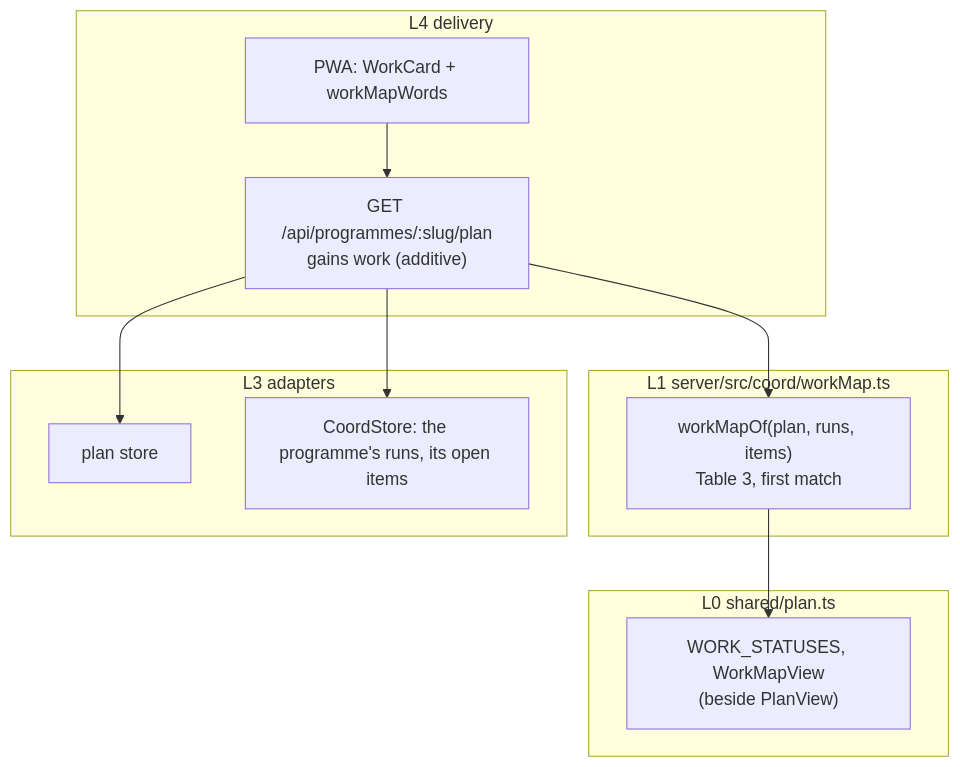
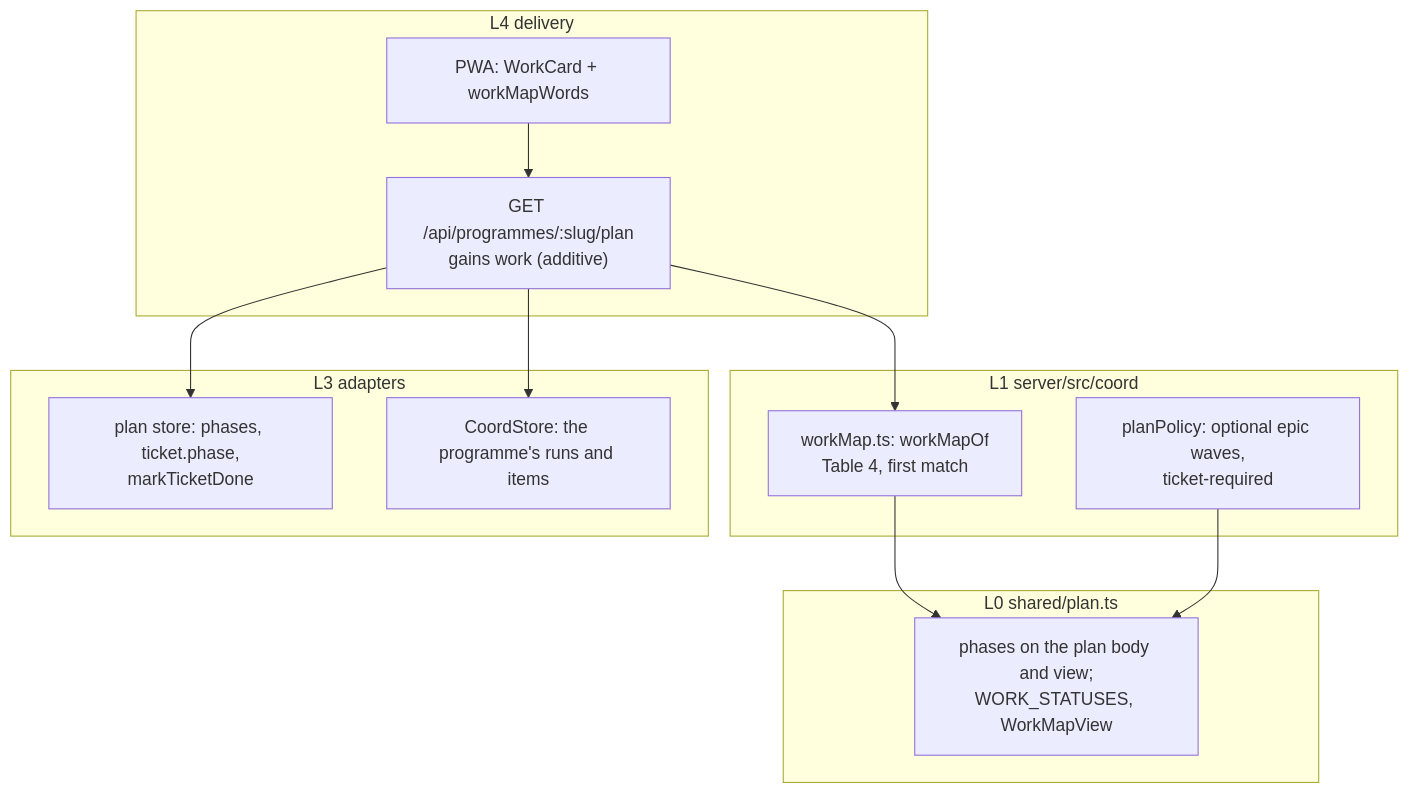
One commit to Synapsium-Labs/ccrc-pwa changed the third of 3 diagrams in docs/superpowers/specs/2026-11-16-programme-work-map-design.md. Above: the diagram before and after it, drawn with Mermaid. The commit also changed other lines of this file and 5 other files, not shown here.

First line of the commit message:
docs(desktop-polish): the work map on two axes, phases and epics (Task C37, D-8669)

````diff
--- a/docs/superpowers/specs/2026-11-16-programme-work-map-design.md
+++ b/docs/superpowers/specs/2026-11-16-programme-work-map-design.md
@@ -250,22 +275,24 @@
 ```mermaid
 flowchart TB
   subgraph L0["L0 shared/plan.ts"]
-    V["WORK_STATUSES, WorkMapView<br/>(beside PlanView)"]
+    V["phases on the plan body and view;<br/>WORK_STATUSES, WorkMapView"]
   end
-  subgraph L1["L1 server/src/coord/workMap.ts"]
-    WM["workMapOf(plan, runs, items)<br/>Table 3, first match"]
+  subgraph L1["L1 server/src/coord"]
+    PP["planPolicy: optional epic waves,<br/>ticket-required"]
+    WM["workMap.ts: workMapOf<br/>Table 4, first match"]
   end
   subgraph L3["L3 adapters"]
-    PS["plan store"]
-    CS["CoordStore: the programme's runs, its open items"]
+    PS["plan store: phases, ticket.phase,<br/>markTicketDone"]
+    CS["CoordStore: the programme's runs and items"]
   end
   subgraph L4["L4 delivery"]
     RT["GET /api/programmes/:slug/plan<br/>gains work (additive)"]
     UI["PWA: WorkCard + workMapWords"]
   end
   RT --> PS
   RT --> CS
   RT --> WM
   WM --> V
+  PP --> V
   UI --> RT
 ```
````
